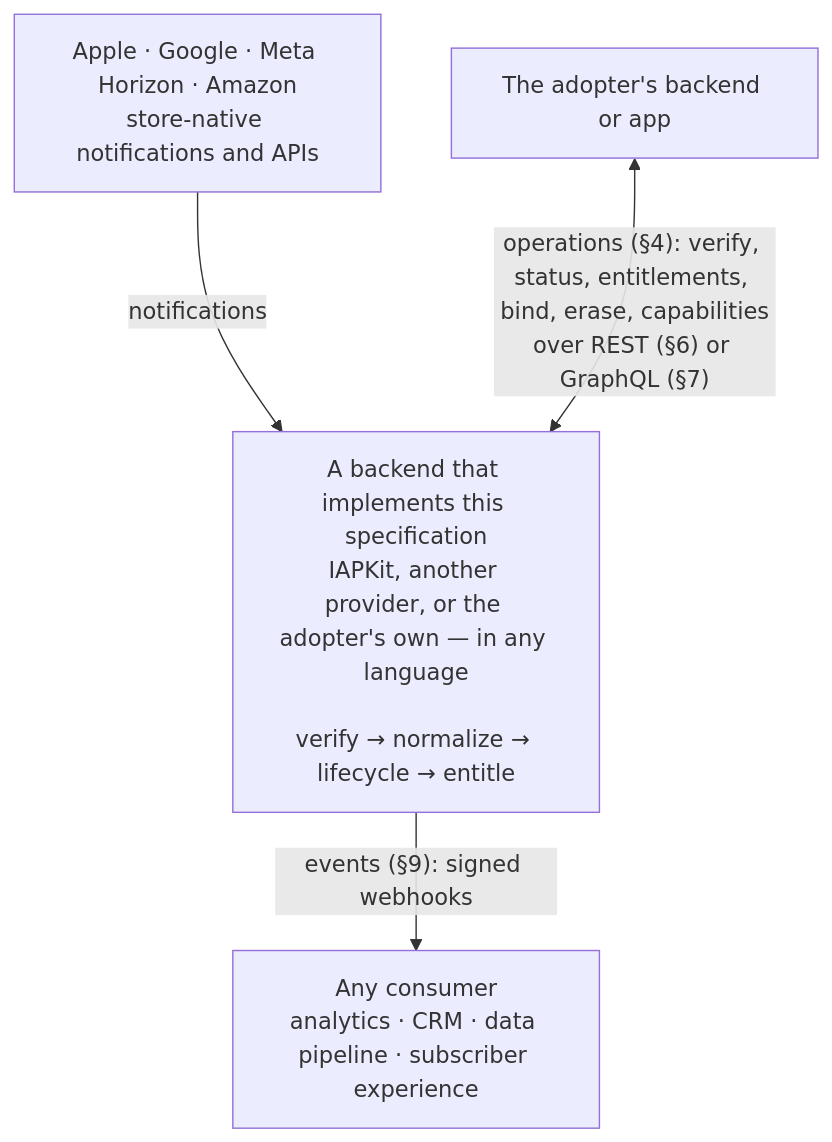
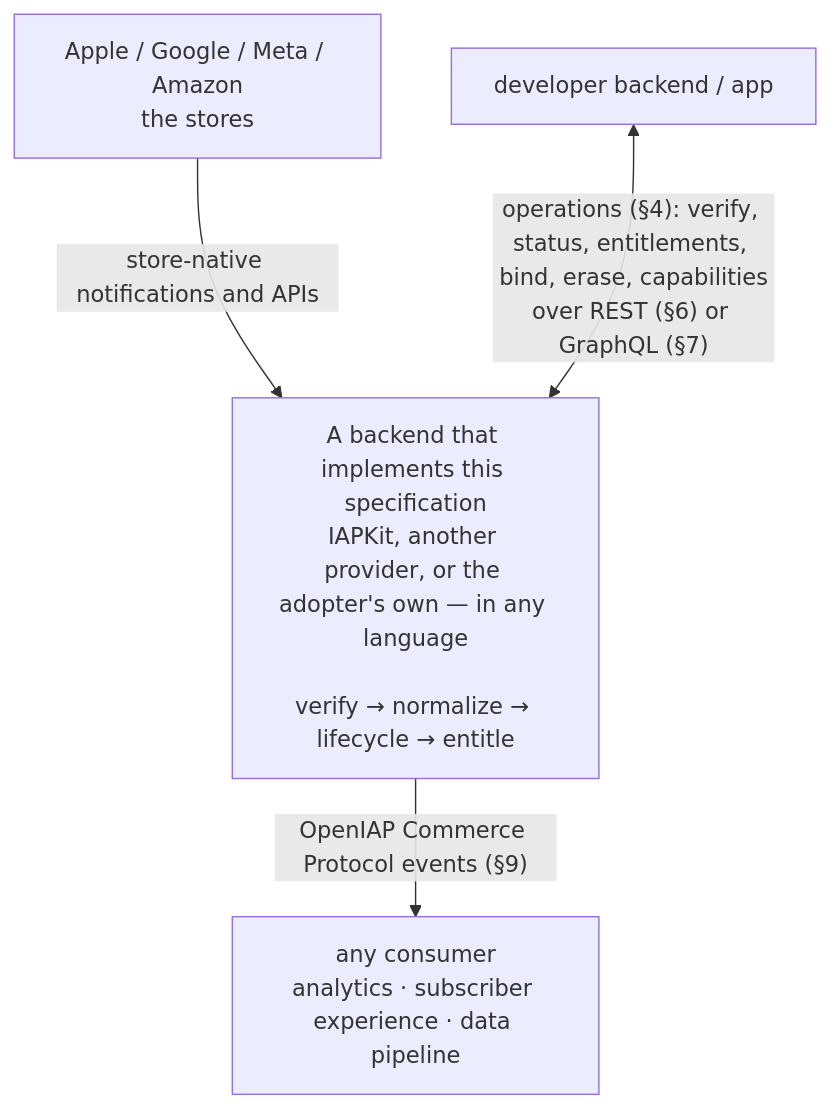
The diagram in specs/commerce-protocol/README.md (hyodotdev/openiap), drawn with Mermaid before and after one commit. The commit also changed 4 other files, not shown here.

First line of the commit message:
docs(commerce-protocol): make the diagrams say only what the prose says

````diff
--- a/specs/commerce-protocol/README.md
+++ b/specs/commerce-protocol/README.md
@@ -22,11 +22,11 @@
 ```mermaid
 flowchart TB
-  stores["Apple · Google · Meta Horizon · Amazon<br/>store-native notifications and APIs"]
+  stores["Apple / Google / Meta / Amazon<br/>the stores"]
   backend["A backend that implements this specification<br/>IAPKit, another provider, or the adopter's own — in any language<br/><br/>verify → normalize → lifecycle → entitle"]
-  app["The adopter's backend or app"]
-  consumers["Any consumer<br/>analytics · CRM · data pipeline · subscriber experience"]
+  app["developer backend / app"]
+  consumers["any consumer<br/>analytics · subscriber experience · data pipeline"]
 
-  stores -->|"notifications"| backend
+  stores -->|"store-native notifications and APIs"| backend
   app <-->|"operations (§4): verify, status, entitlements, bind, erase, capabilities<br/>over REST (§6) or GraphQL (§7)"| backend
-  backend -->|"events (§9): signed webhooks"| consumers
+  backend -->|"OpenIAP Commerce Protocol events (§9)"| consumers
 ```
````
